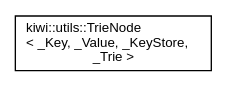
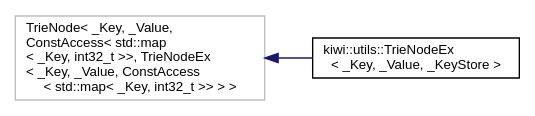
One commit to bab2min/Kiwi changed the diagram in inherit_graph_107.dot. Above: the diagram before and after it, drawn with Graphviz. The commit also changed 153 other files, not shown here.

```diff
--- a/inherit_graph_107.dot
+++ b/inherit_graph_107.dot
@@ -1,8 +1,10 @@
 digraph "Graphical Class Hierarchy"
 {
  // LATEX_PDF_SIZE
   edge [fontname="Helvetica",fontsize="10",labelfontname="Helvetica",labelfontsize="10"];
   node [fontname="Helvetica",fontsize="10",shape=record];
   rankdir="LR";
-  Node0 [label="kiwi::utils::TrieNode\l\< _Key, _Value, _KeyStore,\l _Trie \>",height=0.2,width=0.4,color="black", fillcolor="white", style="filled",URL="$structkiwi_1_1utils_1_1TrieNode.html",tooltip=" "];
+  Node130 [label="TrieNode\< _Key, _Value,\l ConstAccess\< std::map\l\< _Key, int32_t \>\>, TrieNodeEx\l\< _Key, _Value, ConstAccess\l\< std::map\< _Key, int32_t \>\> \> \>",height=0.2,width=0.4,color="grey75", fillcolor="white", style="filled",tooltip=" "];
+  Node130 -> Node0 [dir="back",color="midnightblue",fontsize="10",style="solid",fontname="Helvetica"];
+  Node0 [label="kiwi::utils::TrieNodeEx\l\< _Key, _Value, _KeyStore \>",height=0.2,width=0.4,color="black", fillcolor="white", style="filled",URL="$structkiwi_1_1utils_1_1TrieNodeEx.html",tooltip=" "];
 }
```
